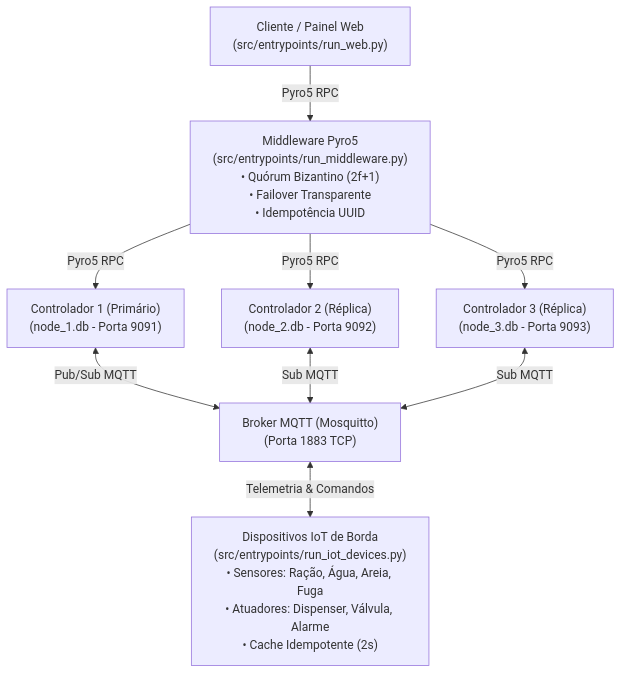
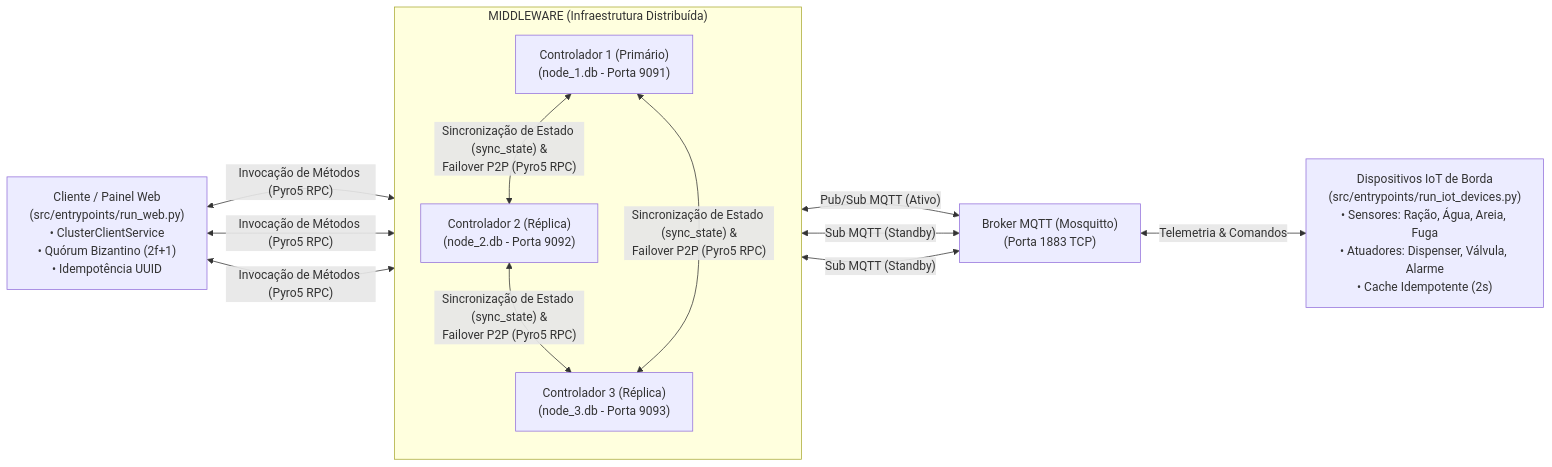
Before and after one commit to moimanu/pet-care: the diagram in docs/arquitetura.md, drawn with Mermaid. The commit also changed other lines of this file and 4 other files, not shown here.

Commit message:
docs(web,docs): update dashboard test guide and documentation for decentralized architecture

````diff
--- a/docs/arquitetura.md
+++ b/docs/arquitetura.md
@@ -7,24 +7,29 @@
 ```mermaid
-flowchart TD
-    CLI["Cliente / Painel Web\n(src/entrypoints/run_web.py)"]
-    MID["Middleware Pyro5\n(src/entrypoints/run_middleware.py)\n• Quórum Bizantino (2f+1)\n• Failover Transparente\n• Idempotência UUID"]
+flowchart LR
+    CLI["Cliente / Painel Web\n(src/entrypoints/run_web.py)\n• ClusterClientService\n• Quórum Bizantino (2f+1)\n• Idempotência UUID"]
 
-    C1["Controlador 1 (Primário)\n(node_1.db - Porta 9091)"]
-    C2["Controlador 2 (Réplica)\n(node_2.db - Porta 9092)"]
-    C3["Controlador 3 (Réplica)\n(node_3.db - Porta 9093)"]
+    subgraph MIDDLEWARE["MIDDLEWARE (Infraestrutura Distribuída)"]
+        direction TB
+        C1["Controlador 1 (Primário)\n(node_1.db - Porta 9091)"]
+        C2["Controlador 2 (Réplica)\n(node_2.db - Porta 9092)"]
+        C3["Controlador 3 (Réplica)\n(node_3.db - Porta 9093)"]
+
+        C1 <-->|"Sincronização de Estado (sync_state) &\nFailover P2P (Pyro5 RPC)"| C2
+        C2 <-->|"Sincronização de Estado (sync_state) &\nFailover P2P (Pyro5 RPC)"| C3
+        C1 <-->|"Sincronização de Estado (sync_state) &\nFailover P2P (Pyro5 RPC)"| C3
+    end
 
     MQTT["Broker MQTT (Mosquitto)\n(Porta 1883 TCP)"]
 
     IOT["Dispositivos IoT de Borda\n(src/entrypoints/run_iot_devices.py)\n• Sensores: Ração, Água, Areia, Fuga\n• Atuadores: Dispenser, Válvula, Alarme\n• Cache Idempotente (2s)"]
 
-    CLI -->|Pyro5 RPC| MID
-    MID -->|Pyro5 RPC| C1
-    MID -->|Pyro5 RPC| C2
-    MID -->|Pyro5 RPC| C3
+    CLI <-->|"Invocação de Métodos (Pyro5 RPC)"| C1
+    CLI <-->|"Invocação de Métodos (Pyro5 RPC)"| C2
+    CLI <-->|"Invocação de Métodos (Pyro5 RPC)"| C3
 
-    C1 <-->|Pub/Sub MQTT| MQTT
-    C2 <-->|Sub MQTT| MQTT
-    C3 <-->|Sub MQTT| MQTT
+    C1 <-->|"Pub/Sub MQTT (Ativo)"| MQTT
+    C2 <-->|"Sub MQTT (Standby)"| MQTT
+    C3 <-->|"Sub MQTT (Standby)"| MQTT
 
-    MQTT <-->|Telemetria & Comandos| IOT
+    MQTT <-->|"Telemetria & Comandos"| IOT
 ```
````
